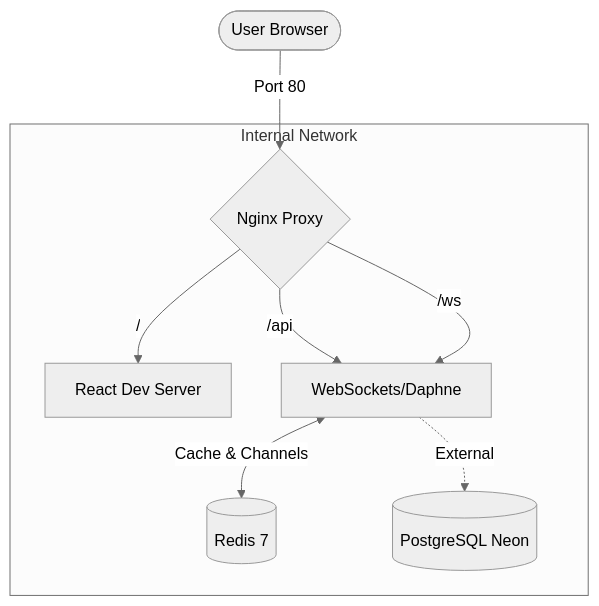
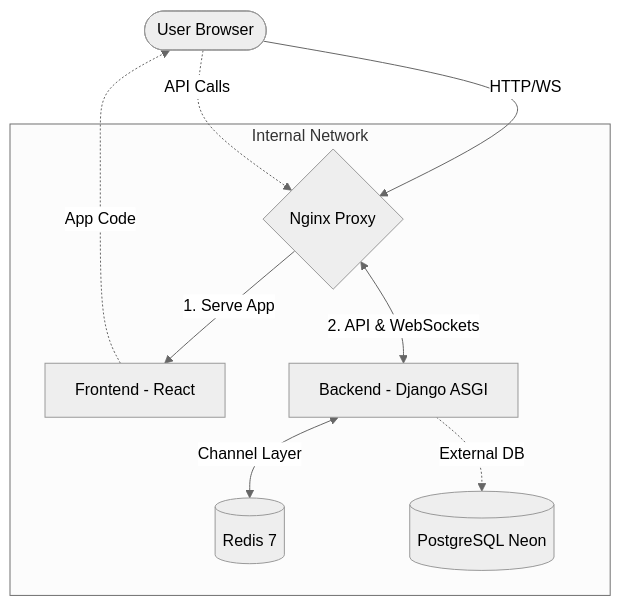
One commit to antekgorski/ft_transcendence changed the first of 2 diagrams in README.md. Above: the diagram before and after it, drawn with Mermaid (neutral theme). The commit also changed other lines of this file, not shown here.

Commit message:
Clarify infrastructure diagram and communication flow in README

````diff
--- a/README.md
+++ b/README.md
@@ -70,13 +70,16 @@
 ```mermaid
 flowchart TD
-    User([User Browser]) -->|Port 80| Nginx{Nginx Proxy}
+    User([User Browser]) -->|HTTP/WS| Nginx{Nginx Proxy}
     
     subgraph "Internal Network"
-    Nginx -->|/| Frontend[React Dev Server]
-    Nginx -->|/api| Backend[Django ASGI]
-    Nginx -->|/ws| Backend[WebSockets/Daphne]
+    Nginx -->|1. Serve App| Frontend[Frontend - React]
+    Nginx <-->|2. API & WebSockets| Backend[Backend - Django ASGI]
     
-    Backend <-->|Cache & Channels| Redis[(Redis 7)]
-    Backend -.->|External| PostgreSQL[(PostgreSQL Neon)]
+    Backend <-->|Channel Layer| Redis[(Redis 7)]
+    Backend -.->|External DB| PostgreSQL[(PostgreSQL Neon)]
     end
+
+    %% Note: Frontend code executes in the User's Browser
+    Frontend -.->|App Code| User
+    User -.->|API Calls| Nginx
 ```
````
